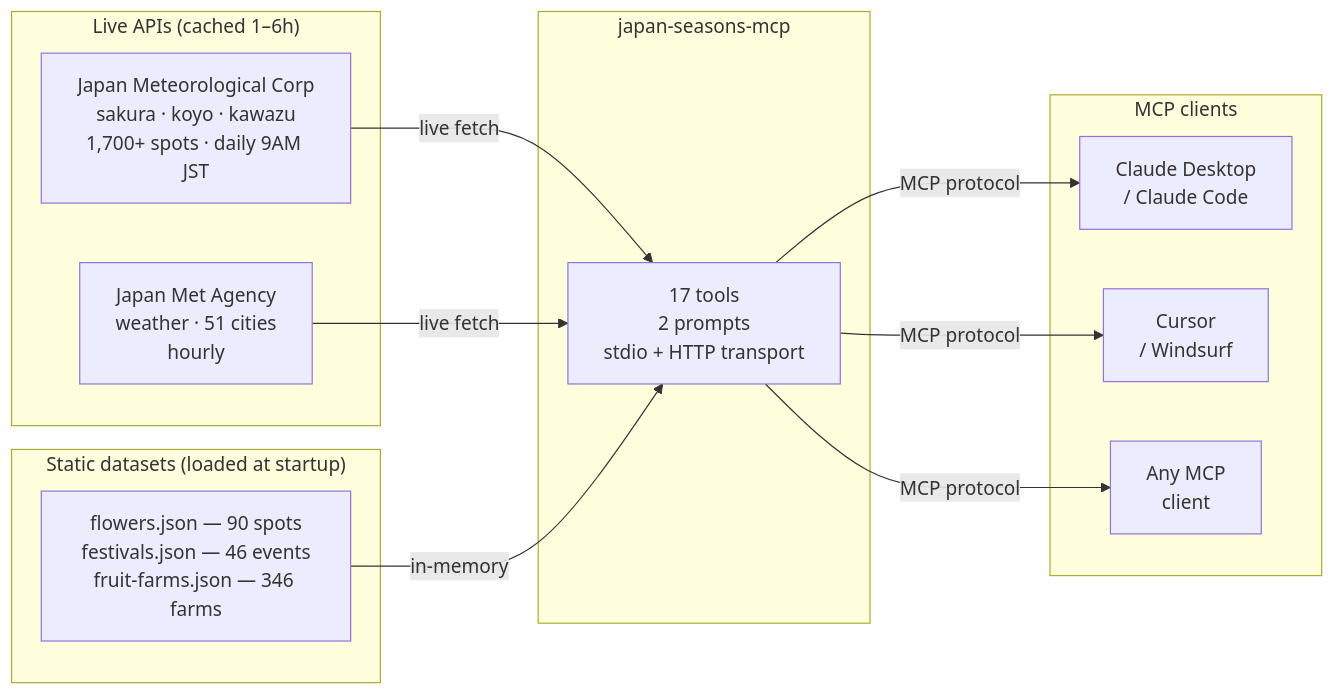
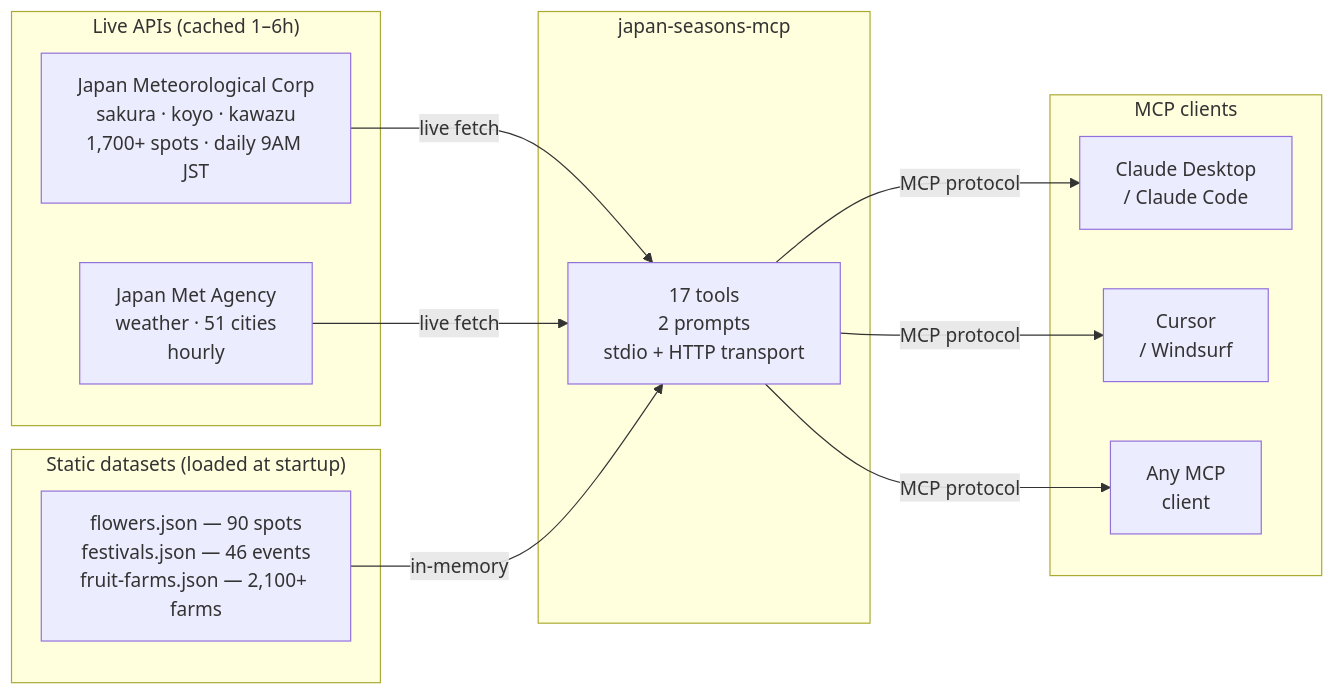
One commit to haomingkoo/japan-seasons-mcp changed the diagram in README.md. Above: the diagram before and after it, drawn with Mermaid. The commit also changed other lines of this file and 6 other files, not shown here.

````diff
--- a/README.md
+++ b/README.md
@@ -349,28 +349,28 @@
 ```mermaid
 flowchart LR
     subgraph live["Live APIs (cached 1–6h)"]
         JMC["Japan Meteorological Corp\nsakura · koyo · kawazu\n1,700+ spots · daily 9AM JST"]
         JMA["Japan Met Agency\nweather · 51 cities\nhourly"]
     end
 
     subgraph static["Static datasets (loaded at startup)"]
-        DATA["flowers.json — 90 spots\nfestivals.json — 46 events\nfruit-farms.json — 346 farms"]
+        DATA["flowers.json — 90 spots\nfestivals.json — 46 events\nfruit-farms.json — 2,100+ farms"]
     end
 
     subgraph server["japan-seasons-mcp"]
         MCP["17 tools\n2 prompts\nstdio + HTTP transport"]
     end
 
     subgraph clients["MCP clients"]
         C1["Claude Desktop\n/ Claude Code"]
         C2["Cursor\n/ Windsurf"]
         C3["Any MCP\nclient"]
     end
 
     JMC -->|live fetch| MCP
     JMA -->|live fetch| MCP
     DATA -->|in-memory| MCP
     MCP -->|MCP protocol| C1
     MCP -->|MCP protocol| C2
     MCP -->|MCP protocol| C3
 ```
````
